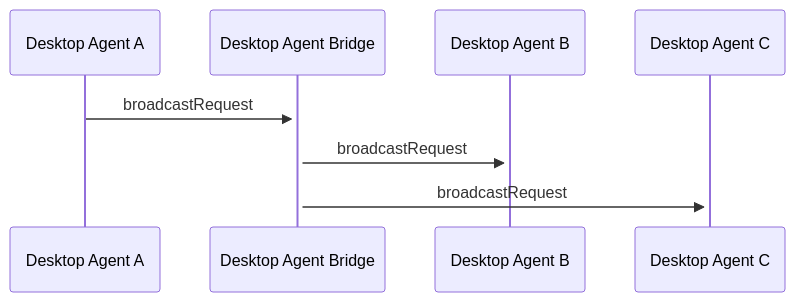
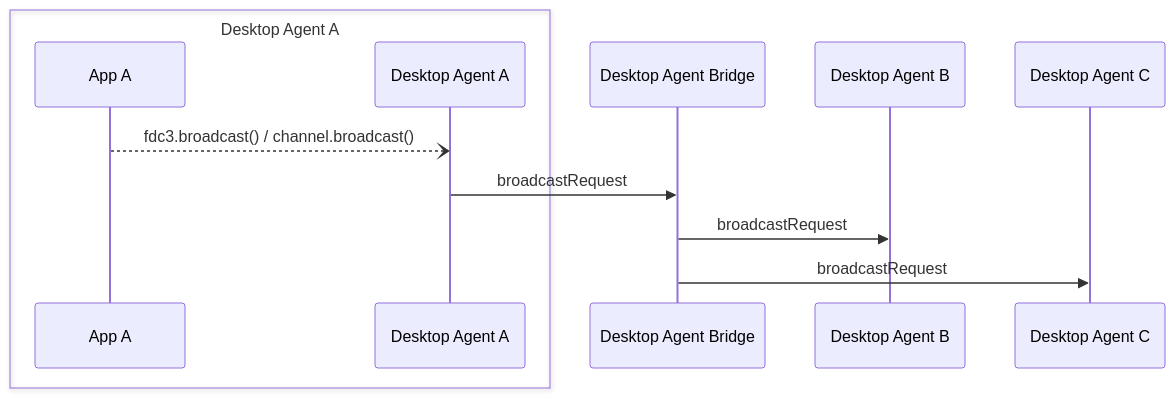
One commit to finos/FDC3 changed the diagram in docs/agent-bridging/ref/broadcast.md. Above: the diagram before and after it, drawn with Mermaid. The commit also changed 12 other files, not shown here.

First line of the commit message:
Add the app to each reference page mermaid diagram to clarify how mes… (#80)

````diff
--- a/docs/agent-bridging/ref/broadcast.md
+++ b/docs/agent-bridging/ref/broadcast.md
@@ -34,10 +34,14 @@
 ```mermaid
 sequenceDiagram
+    box Desktop Agent A
+    participant AA as App A
     participant DA as Desktop Agent A
+    end
     participant DAB as Desktop Agent Bridge
     participant DB as Desktop Agent B
     participant DC as Desktop Agent C
-    DA ->>+ DAB: broadcastRequest
-    DAB ->>+ DB: broadcastRequest
-    DAB ->>+ DC: broadcastRequest
+    AA --) DA: fdc3.broadcast() / channel.broadcast()
+    DA ->> DAB: broadcastRequest
+    DAB ->> DB: broadcastRequest
+    DAB ->> DC: broadcastRequest
 ```
````
